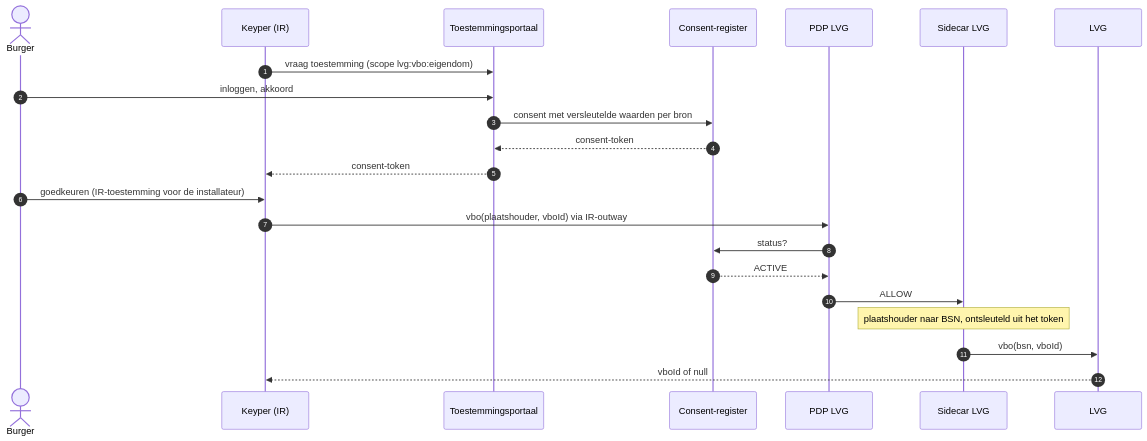
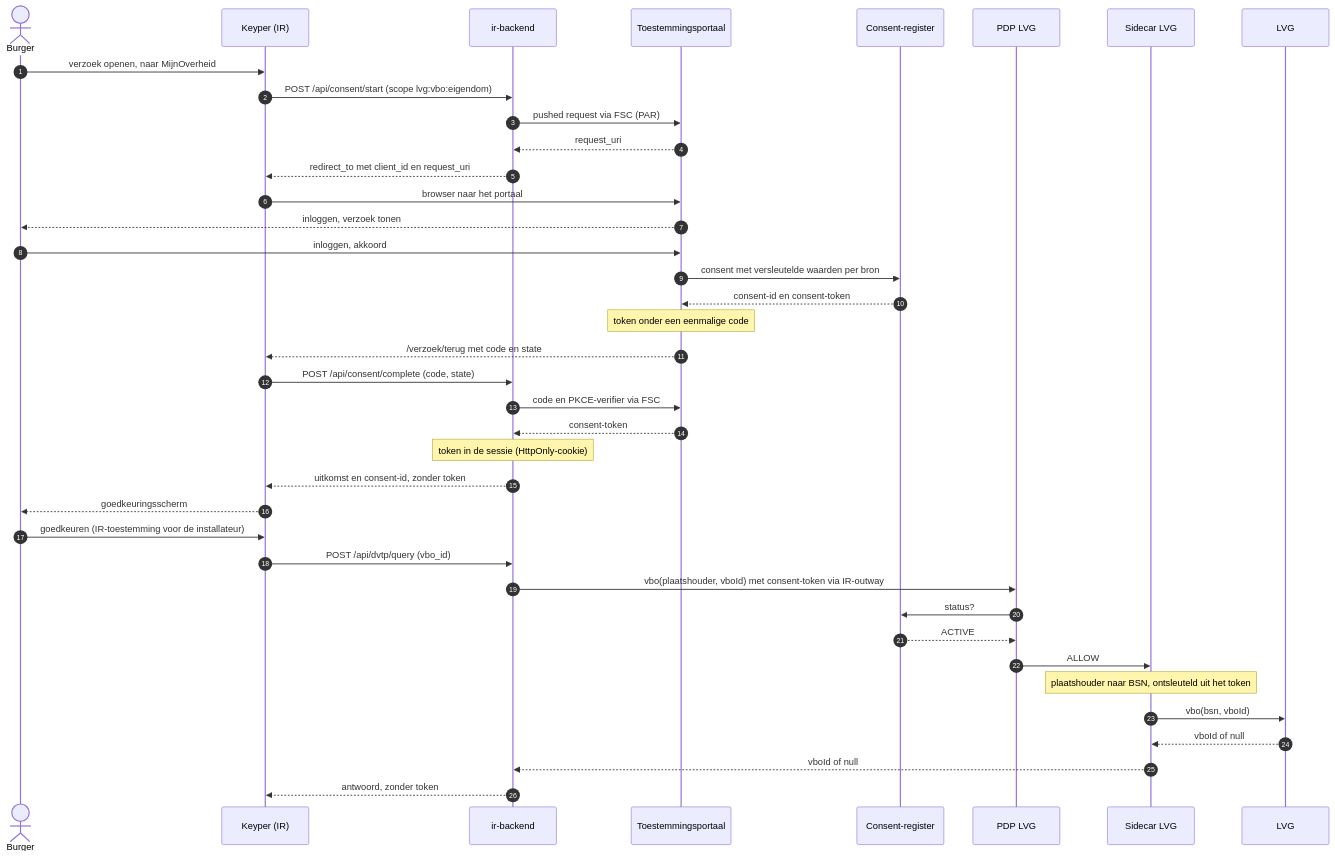
The diagram in docs/lvg-ir.md (ICTU/GBO-demo), drawn with Mermaid before and after one commit. The commit also changed other lines of this file and 14 other files, not shown here.

````diff
--- a/docs/lvg-ir.md
+++ b/docs/lvg-ir.md
@@ -35,24 +35,41 @@
 ```mermaid
 sequenceDiagram
     autonumber
     actor B as Burger
     participant K as Keyper (IR)
+    participant IB as ir-backend
     participant P as Toestemmingsportaal
     participant R as Consent-register
     participant PDP as PDP LVG
     participant S as Sidecar LVG
     participant L as LVG
-    K->>P: vraag toestemming (scope lvg:vbo:eigendom)
+    B->>K: verzoek openen, naar MijnOverheid
+    K->>IB: POST /api/consent/start (scope lvg:vbo:eigendom)
+    IB->>P: pushed request via FSC (PAR)
+    P-->>IB: request_uri
+    IB-->>K: redirect_to met client_id en request_uri
+    K->>P: browser naar het portaal
+    P-->>B: inloggen, verzoek tonen
     B->>P: inloggen, akkoord
     P->>R: consent met versleutelde waarden per bron
-    R-->>P: consent-token
-    P-->>K: consent-token
+    R-->>P: consent-id en consent-token
+    Note over P: token onder een eenmalige code
+    P-->>K: /verzoek/terug met code en state
+    K->>IB: POST /api/consent/complete (code, state)
+    IB->>P: code en PKCE-verifier via FSC
+    P-->>IB: consent-token
+    Note over IB: token in de sessie (HttpOnly-cookie)
+    IB-->>K: uitkomst en consent-id, zonder token
+    K-->>B: goedkeuringsscherm
     B->>K: goedkeuren (IR-toestemming voor de installateur)
-    K->>PDP: vbo(plaatshouder, vboId) via IR-outway
+    K->>IB: POST /api/dvtp/query (vbo_id)
+    IB->>PDP: vbo(plaatshouder, vboId) met consent-token via IR-outway
     PDP->>R: status?
     R-->>PDP: ACTIVE
     PDP->>S: ALLOW
     Note over S: plaatshouder naar BSN, ontsleuteld uit het token
     S->>L: vbo(bsn, vboId)
-    L-->>K: vboId of null
+    L-->>S: vboId of null
+    S-->>IB: vboId of null
+    IB-->>K: antwoord, zonder token
 ```
````
